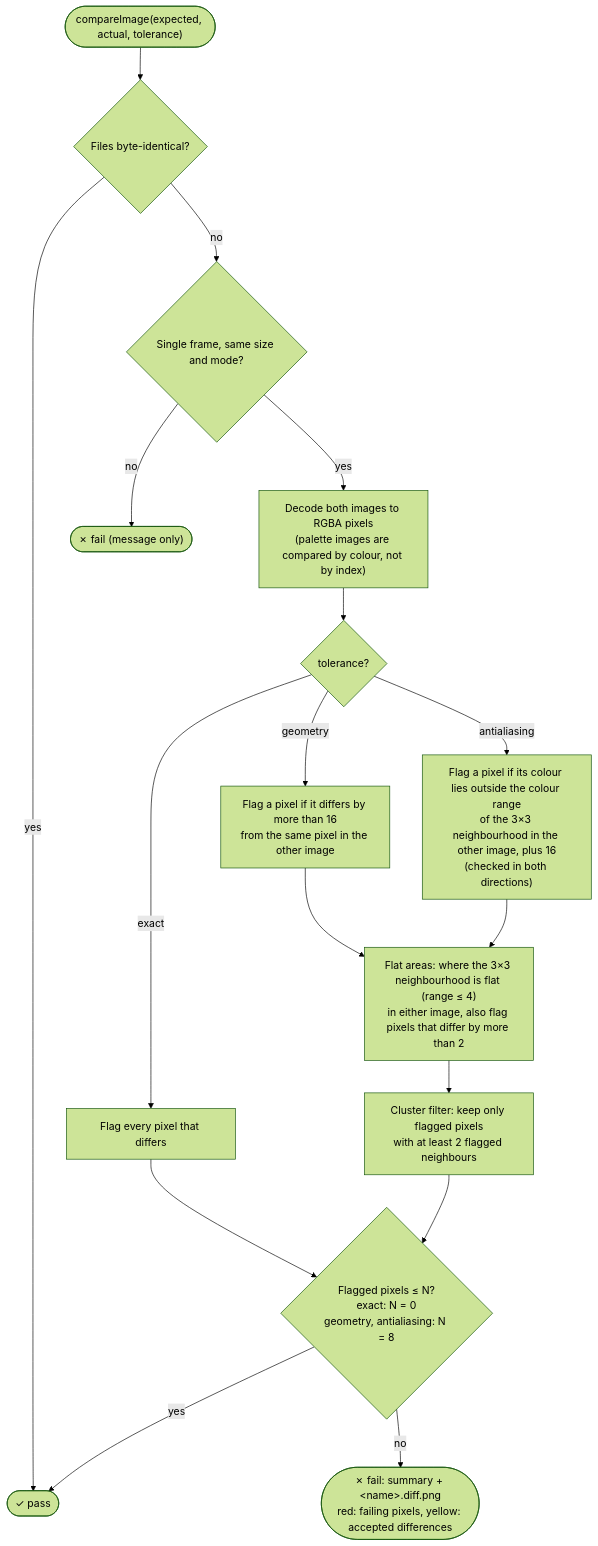
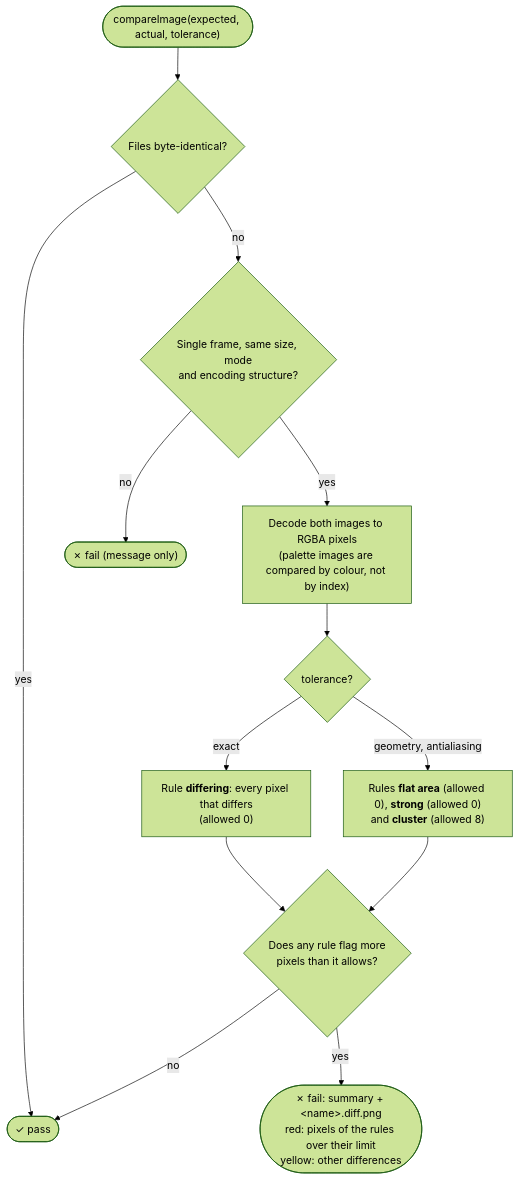
Before and after one commit to KNMI/adaguc-server: the diagram in doc/developing/antialiasing-differences.md, drawn with Mermaid (forest theme). The commit also changed other lines of this file and 10 other files, not shown here.

````diff
--- a/doc/developing/antialiasing-differences.md
+++ b/doc/developing/antialiasing-differences.md
@@ -66,20 +87,15 @@
 ```mermaid
 flowchart TD
     start(["compareImage(expected, actual, tolerance)"]) --> same{"Files byte-identical?"}
     same -- yes --> pass(["✓ pass"])
-    same -- no --> meta{"Single frame, same size and mode?"}
+    same -- no --> meta{"Single frame, same size, mode<br/>and encoding structure?"}
     meta -- no --> failmeta(["✗ fail (message only)"])
     meta -- yes --> decode["Decode both images to RGBA pixels<br/>(palette images are compared by colour, not by index)"]
     decode --> tol{"tolerance?"}
-
-    tol -- "exact" --> exact["Flag every pixel that differs"]
-    tol -- "geometry" --> geom["Flag a pixel if it differs by more than 16<br/>from the same pixel in the other image"]
-    tol -- "antialiasing" --> aa["Flag a pixel if its colour lies outside the colour range<br/>of the 3×3 neighbourhood in the other image, plus 16<br/>(checked in both directions)"]
-    geom --> flat["Flat areas: where the 3×3 neighbourhood is flat (range ≤ 4)<br/>in either image, also flag pixels that differ by more than 2"]
-    aa --> flat
-    flat --> cluster["Cluster filter: keep only flagged pixels<br/>with at least 2 flagged neighbours"]
-    exact --> few{"Flagged pixels ≤ N?<br/>exact: N = 0<br/>geometry, antialiasing: N = 8"}
-    cluster --> few
-    few -- yes --> pass
-    few -- no --> fail(["✗ fail: summary + &lt;name&gt;.diff.png<br/>red: failing pixels, yellow: accepted differences"])
+    tol -- "exact" --> exact["Rule <b>differing</b>: every pixel that differs<br/>(allowed 0)"]
+    tol -- "geometry, antialiasing" --> rules["Rules <b>flat area</b> (allowed 0), <b>strong</b> (allowed 0)<br/>and <b>cluster</b> (allowed 8)"]
+    exact --> over{"Does any rule flag more<br/>pixels than it allows?"}
+    rules --> over
+    over -- no --> pass
+    over -- yes --> fail(["✗ fail: summary + &lt;name&gt;.diff.png<br/>red: pixels of the rules over their limit<br/>yellow: other differences"])
 ```
````
